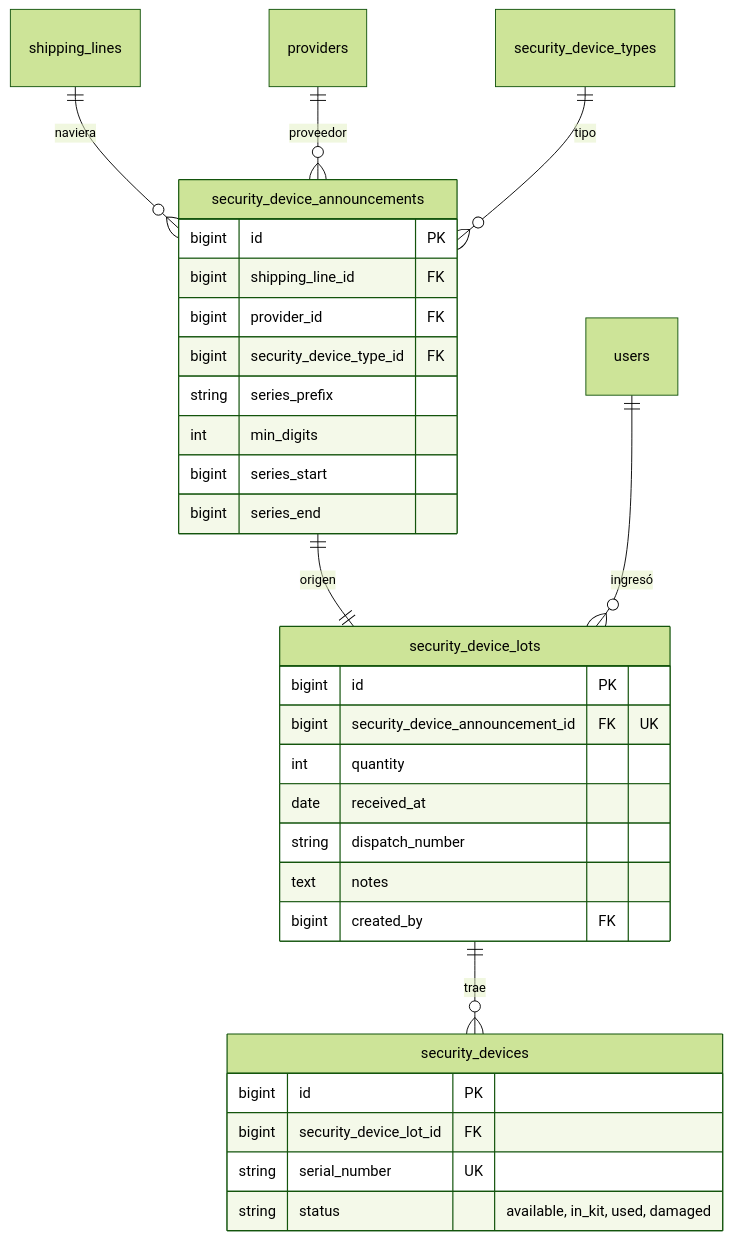
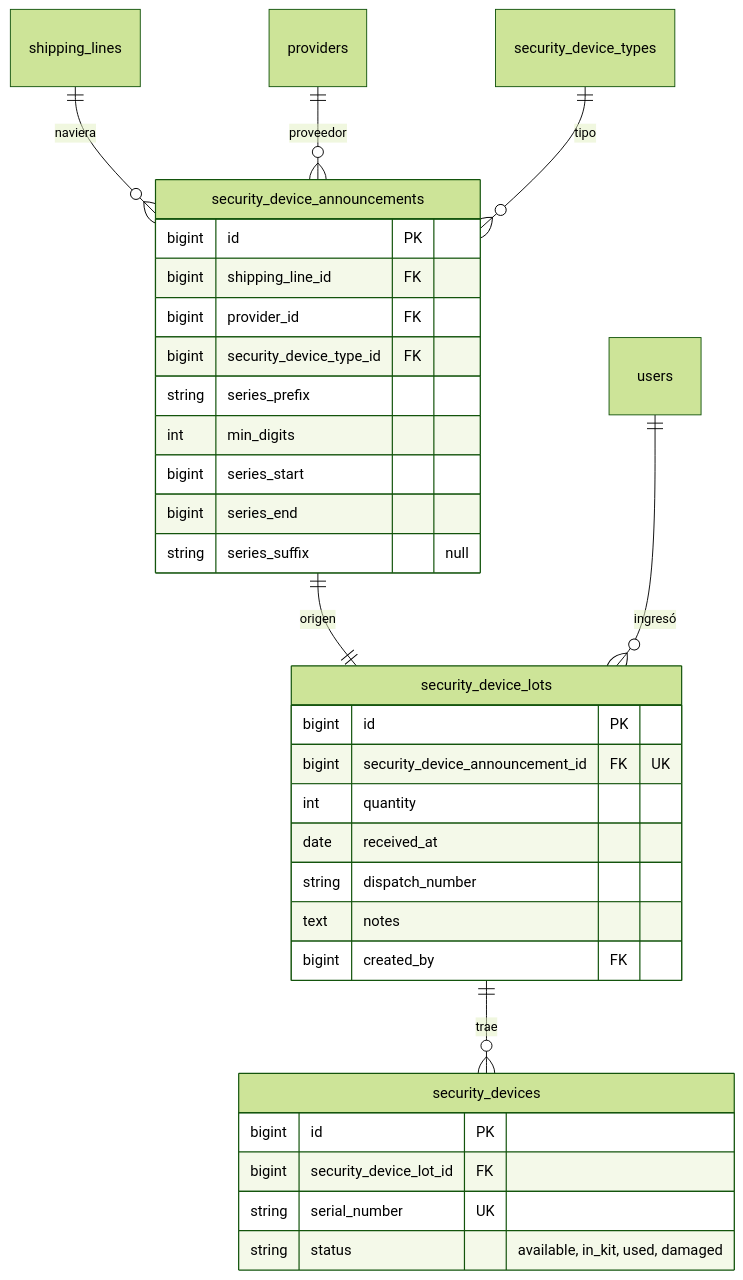
Before and after one commit to Cerati1998/SIGLA-TOS: the third of 3 diagrams in docs/database.md, drawn with Mermaid (forest theme). The commit also changed other lines of this file and 9 other files, not shown here.

````diff
--- a/docs/database.md
+++ b/docs/database.md
@@ -130,35 +130,36 @@
 ```mermaid
 erDiagram
   shipping_lines ||--o{ security_device_announcements : "naviera"
   providers ||--o{ security_device_announcements : "proveedor"
   security_device_types ||--o{ security_device_announcements : "tipo"
   security_device_announcements ||--|| security_device_lots : "origen"
   users ||--o{ security_device_lots : "ingresó"
   security_device_lots ||--o{ security_devices : "trae"
 
   security_device_announcements {
     bigint id PK
     bigint shipping_line_id FK
     bigint provider_id FK
     bigint security_device_type_id FK
     string series_prefix
     int min_digits
     bigint series_start
     bigint series_end
+    string series_suffix "null"
   }
   security_device_lots {
     bigint id PK
     bigint security_device_announcement_id FK "UK"
     int quantity
     date received_at
     string dispatch_number
     text notes
     bigint created_by FK
   }
   security_devices {
     bigint id PK
     bigint security_device_lot_id FK
     string serial_number UK
     string status "available, in_kit, used, damaged"
   }
 ```
````
